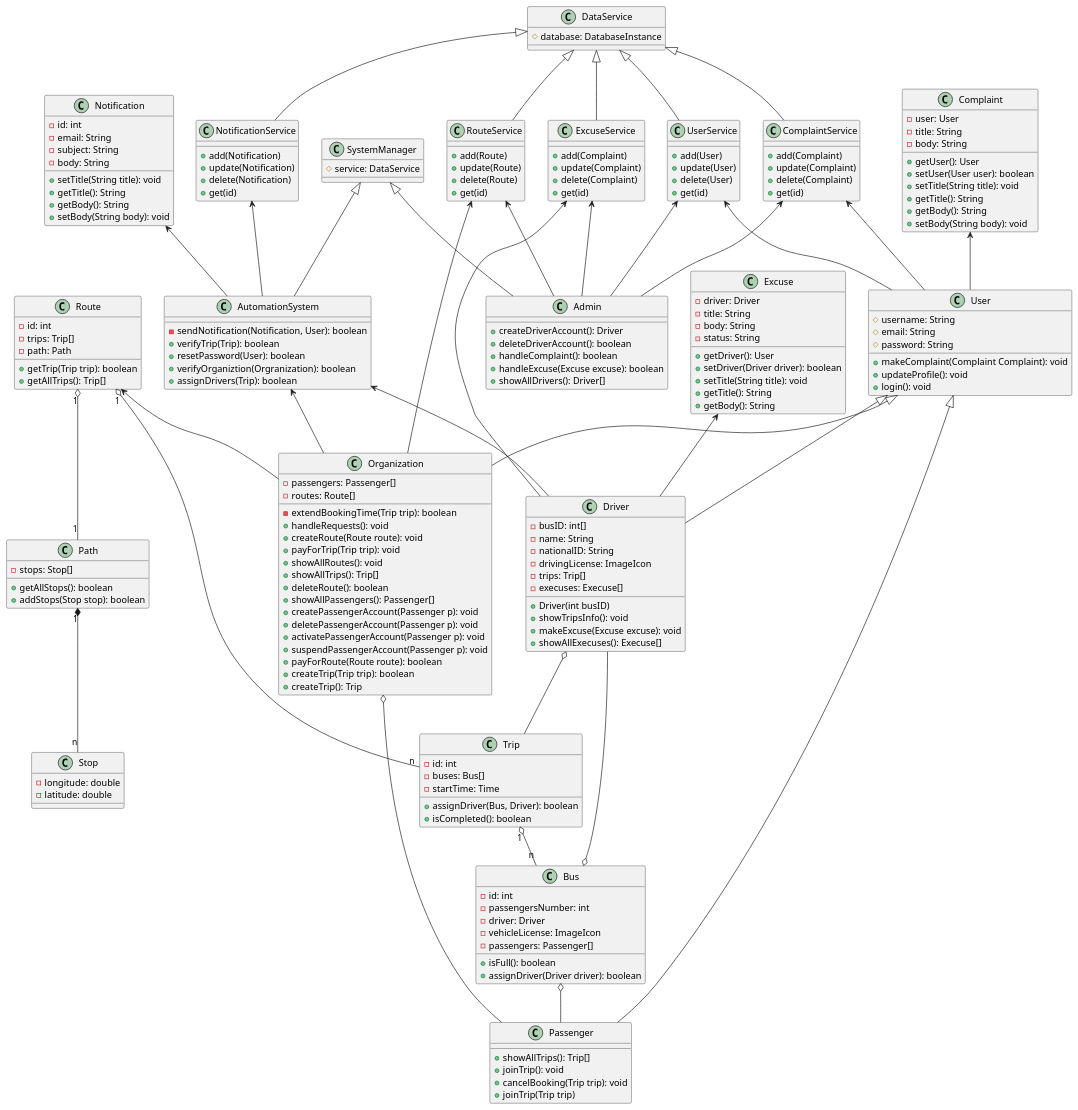
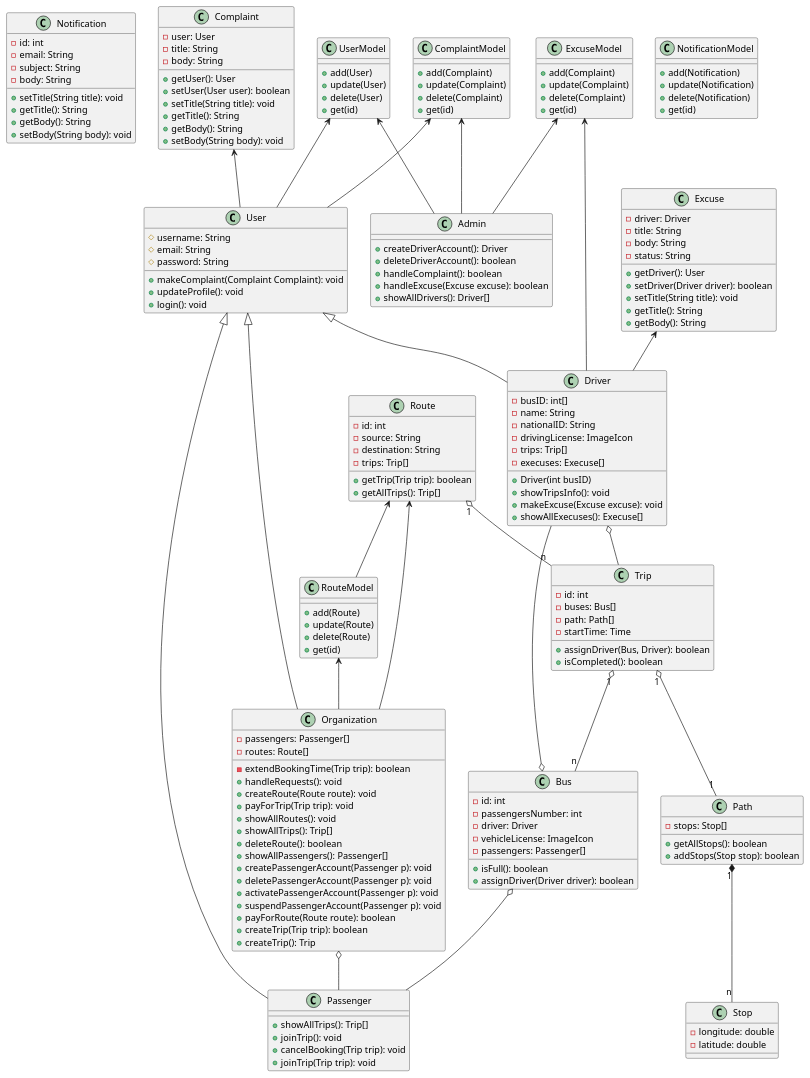
One commit to moazbasheer/BaaS_GP changed the diagram in class-diagram.pu. Above: the diagram before and after it, drawn with PlantUML. The commit also changed 1 other file, not shown here.

Commit message:
update the class diagram

```diff
--- a/class-diagram.pu
+++ b/class-diagram.pu
@@ -9,18 +9,6 @@
     +getTitle(): String
     +getBody(): String
     +setBody(String body): void
-}
-
-class AutomationSystem {
-    -sendNotification(Notification, User): boolean
-    +verifyTrip(Trip): boolean
-    +resetPassword(User): boolean
-    +verifyOrganiztion(Orgranization): boolean
-    +assignDrivers(Trip): boolean
-}
-
-class SystemManager {
-    #service: DataService
 }
 
 class Driver {
@@ -99,7 +87,7 @@
     +setBody(String body): void
 }
 
-class UserService {
+class UserModel {
     +add(User)
     +update(User)
     +delete(User)
@@ -110,13 +98,20 @@
     +showAllTrips(): Trip[]
     +joinTrip(): void
     +cancelBooking(Trip trip): void
-    +joinTrip(Trip trip)
+    +joinTrip(Trip trip): void
 }
+'Each route contains multiple paths'
+'Each route contains source and destination only'
+'Each path contains multiple stops'
+'Each path contains multiple trips'
+'Each trip has one start time'
 
 class Route {
     -id: int
+    -source: String
+    -destination: String
     -trips: Trip[]
-    -path: Path
+    
     +getTrip(Trip trip): boolean
     +getAllTrips(): Trip[]
 }
@@ -124,11 +119,12 @@
 class Trip {
     -id: int
     -buses: Bus[]
+    -path: Path[]
     -startTime: Time
     +assignDriver(Bus, Driver): boolean
     +isCompleted(): boolean
 }
-
+''
 class Path {
     -stops: Stop[]
     +getAllStops(): boolean
@@ -140,32 +136,28 @@
     -latitude: double
 }
 
-class NotificationService {
+class NotificationModel {
     +add(Notification)
     +update(Notification)
     +delete(Notification)
     +get(id)
 }
 
-class ExcuseService {
+class ExcuseModel {
     +add(Complaint)
     +update(Complaint)
     +delete(Complaint)
     +get(id)
 }
 
-class DataService {
-    #database: DatabaseInstance
-}
-
-class RouteService {
+class RouteModel {
     +add(Route)
     +update(Route)
     +delete(Route)
     +get(id)
 }
 
-class ComplaintService {
+class ComplaintModel {
     +add(Complaint)
     +update(Complaint)
     +delete(Complaint)
@@ -179,14 +171,6 @@
     +handleExcuse(Excuse excuse): boolean
     +showAllDrivers(): Driver[]
 }
-
-Notification <-- AutomationSystem
-
-AutomationSystem <-- Driver
-AutomationSystem <-- Organization
-
-SystemManager <|-- Admin
-SystemManager <|-- AutomationSystem
 
 Driver o-- Trip
 
@@ -203,32 +187,24 @@
 
 Complaint <-- User
 
-UserService <-- Admin
-UserService <-- User
+UserModel <-- Admin
+UserModel <-- User
 
-Route "1" o-- "1" Path
 Route "1" o-- "n" Trip
+Trip "1" o-- "1" Path
 Route <-- Organization
 
 Trip "1" o-- "n" Bus
 
 Path "1" *-- "n" Stop
 
-NotificationService <-- AutomationSystem
+ExcuseModel <-- Admin
+ExcuseModel <-- Driver
 
-ExcuseService <-- Admin
-ExcuseService <-- Driver
+Route <-- RouteModel
+RouteModel <-- Organization
 
-DataService <|-- NotificationService
-DataService <|-- RouteService
-DataService <|-- ExcuseService
-DataService <|-- UserService
-DataService <|-- ComplaintService
-
-RouteService <-- Admin
-RouteService <-- Organization
-
-ComplaintService <-- User
-ComplaintService <-- Admin
+ComplaintModel <-- User
+ComplaintModel <-- Admin
 
 @enduml
```
